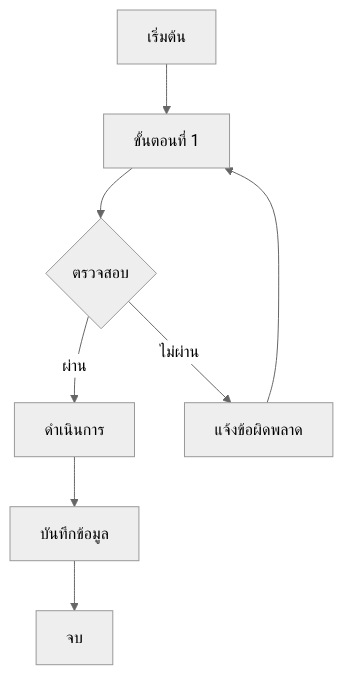
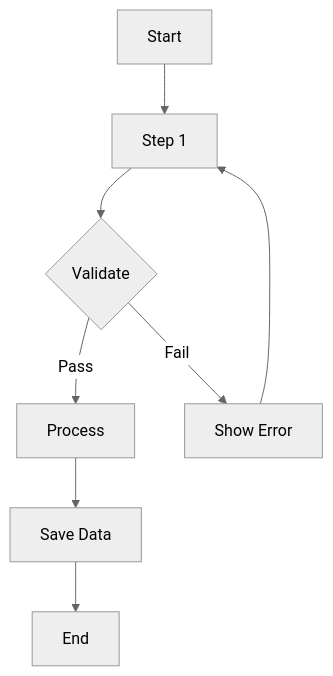
The sixth of 9 diagrams in plugins/system-design-doc/skills/system-design-doc/templates/design-doc-template.md (mounchons/AgentMarketPlace), drawn with Mermaid (neutral theme) before and after one commit. The commit also changed other lines of this file and 51 other files, not shown here.

````diff
--- a/plugins/system-design-doc/skills/system-design-doc/templates/design-doc-template.md
+++ b/plugins/system-design-doc/skills/system-design-doc/templates/design-doc-template.md
@@ -309,10 +309,10 @@
 ```mermaid
 flowchart TD
-    A[เริ่มต้น] --> B[ขั้นตอนที่ 1]
-    B --> C{ตรวจสอบ}
-    C -->|ผ่าน| D[ดำเนินการ]
-    C -->|ไม่ผ่าน| E[แจ้งข้อผิดพลาด]
+    A[Start] --> B[Step 1]
+    B --> C{Validate}
+    C -->|Pass| D[Process]
+    C -->|Fail| E[Show Error]
     E --> B
-    D --> F[บันทึกข้อมูล]
-    F --> G[จบ]
+    D --> F[Save Data]
+    F --> G[End]
 ```
````
